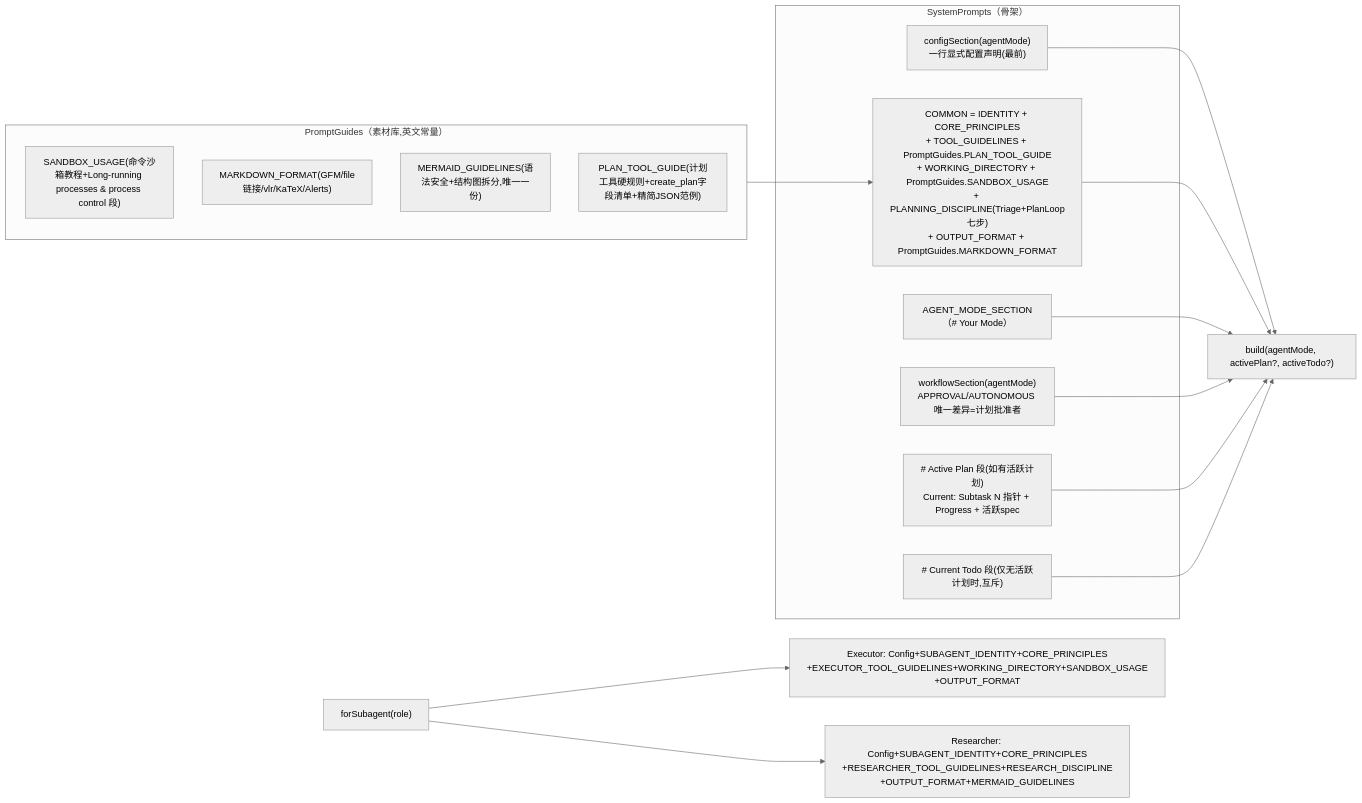
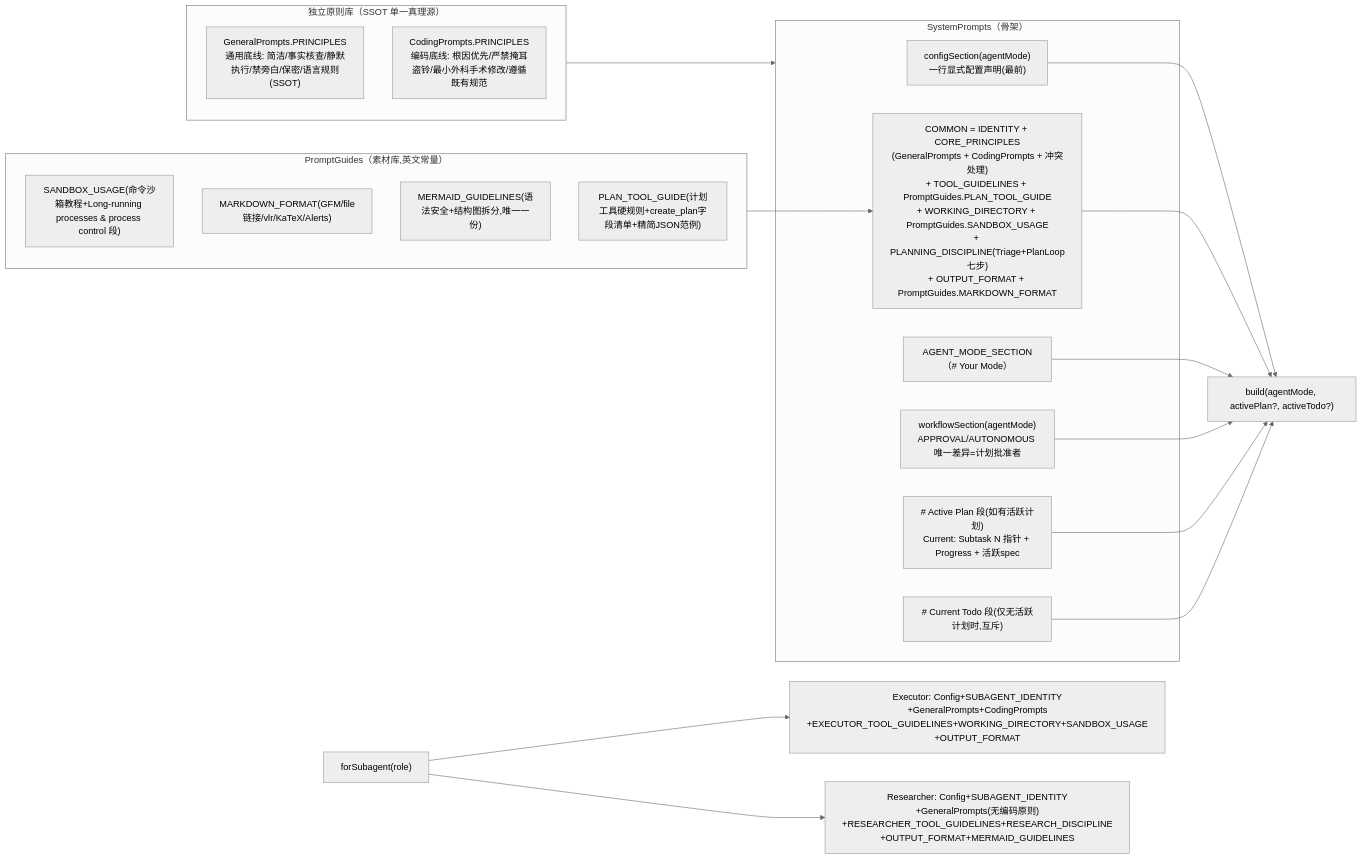
Before and after one commit to lzdev42/mederi: the sixth of 7 diagrams in docs/architecture/01-core.md, drawn with Mermaid (neutral theme). The commit also changed other lines of this file and 95 other files, not shown here.

First line of the commit message:
refactor(prompt+compaction): unify context-usage truth source; extract shared prompt principles

````diff
--- a/docs/architecture/01-core.md
+++ b/docs/architecture/01-core.md
@@ -903,26 +903,31 @@
 ```mermaid
 flowchart LR
     subgraph SP["SystemPrompts（骨架）"]
         C["configSection(agentMode)<br/>一行显式配置声明(最前)"]
-        COMMON["COMMON = IDENTITY + CORE_PRINCIPLES<br/>+ TOOL_GUIDELINES + PromptGuides.PLAN_TOOL_GUIDE<br/>+ WORKING_DIRECTORY + PromptGuides.SANDBOX_USAGE<br/>+ PLANNING_DISCIPLINE(Triage+PlanLoop七步)<br/>+ OUTPUT_FORMAT + PromptGuides.MARKDOWN_FORMAT"]
+        COMMON["COMMON = IDENTITY + CORE_PRINCIPLES<br/>(GeneralPrompts + CodingPrompts + 冲突处理)<br/>+ TOOL_GUIDELINES + PromptGuides.PLAN_TOOL_GUIDE<br/>+ WORKING_DIRECTORY + PromptGuides.SANDBOX_USAGE<br/>+ PLANNING_DISCIPLINE(Triage+PlanLoop七步)<br/>+ OUTPUT_FORMAT + PromptGuides.MARKDOWN_FORMAT"]
         W["workflowSection(agentMode)<br/>APPROVAL/AUTONOMOUS 唯一差异=计划批准者"]
         MODE["AGENT_MODE_SECTION（# Your Mode）"]
         PLAN["# Active Plan 段(如有活跃计划)<br/>Current: Subtask N 指针 + Progress + 活跃spec"]
         TODO["# Current Todo 段(仅无活跃计划时,互斥)"]
     end
     subgraph PG["PromptGuides（素材库,英文常量）"]
         G1["SANDBOX_USAGE(命令沙箱教程+Long-running processes & process control 段)"]
         G2["MARKDOWN_FORMAT(GFM/file链接/vlr/KaTeX/Alerts)"]
         G3["MERMAID_GUIDELINES(语法安全+结构图拆分,唯一一份)"]
         G4["PLAN_TOOL_GUIDE(计划工具硬规则+create_plan字段清单+精简JSON范例)"]
     end
+    subgraph CP["独立原则库（SSOT 单一真理源）"]
+        GP["GeneralPrompts.PRINCIPLES<br/>通用底线: 简洁/事实核查/静默执行/禁旁白/保密/语言规则(SSOT)"]
+        CDP["CodingPrompts.PRINCIPLES<br/>编码底线: 根因优先/严禁掩耳盗铃/最小外科手术修改/遵循既有规范"]
+    end
+    CP --> SP
     PG --> COMMON
     C --> OUT["build(agentMode, activePlan?, activeTodo?)"]
     COMMON --> OUT
     MODE --> OUT
     W --> OUT
     PLAN --> OUT
     TODO --> OUT
-    OUT2["forSubagent(role)"] --> EXEC["Executor: Config+SUBAGENT_IDENTITY+CORE_PRINCIPLES<br/>+EXECUTOR_TOOL_GUIDELINES+WORKING_DIRECTORY+SANDBOX_USAGE<br/>+OUTPUT_FORMAT"]
-    OUT2 --> RES["Researcher: Config+SUBAGENT_IDENTITY+CORE_PRINCIPLES<br/>+RESEARCHER_TOOL_GUIDELINES+RESEARCH_DISCIPLINE<br/>+OUTPUT_FORMAT+MERMAID_GUIDELINES"]
+    OUT2["forSubagent(role)"] --> EXEC["Executor: Config+SUBAGENT_IDENTITY<br/>+GeneralPrompts+CodingPrompts<br/>+EXECUTOR_TOOL_GUIDELINES+WORKING_DIRECTORY+SANDBOX_USAGE<br/>+OUTPUT_FORMAT"]
+    OUT2 --> RES["Researcher: Config+SUBAGENT_IDENTITY<br/>+GeneralPrompts(无编码原则)<br/>+RESEARCHER_TOOL_GUIDELINES+RESEARCH_DISCIPLINE<br/>+OUTPUT_FORMAT+MERMAID_GUIDELINES"]
 ```
````
